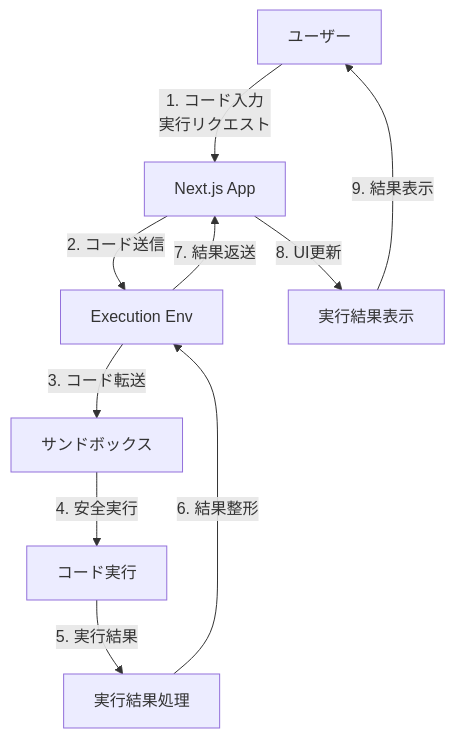
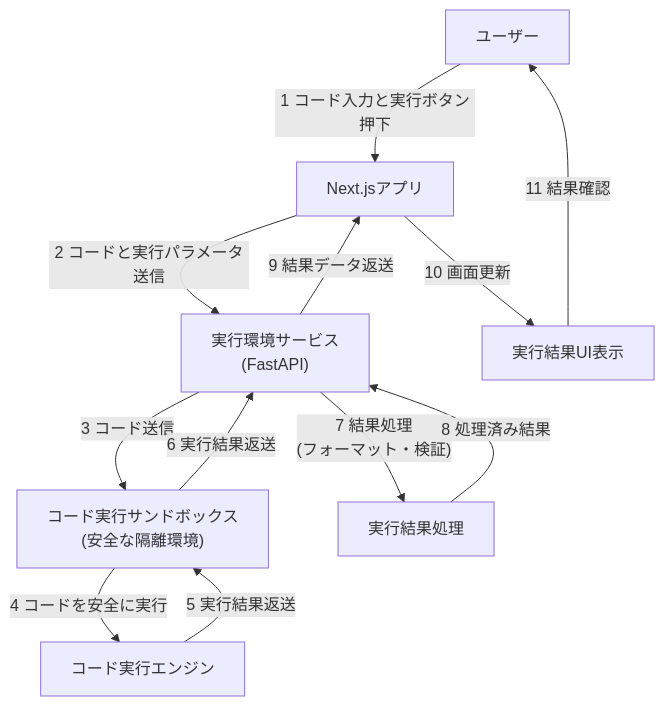
Before and after one commit to pipo3944/MapStack: the sixth of 7 diagrams in docs/planning/data_model.md, drawn with Mermaid. The commit also changed other lines of this file and 1 other file, not shown here.

````diff
--- a/docs/planning/data_model.md
+++ b/docs/planning/data_model.md
@@ -1074,12 +999,14 @@
 ```mermaid
 flowchart TD
-    User[ユーザー] -->|1. コード入力\n実行リクエスト| NextApp[Next.js App]
-    NextApp -->|2. コード送信| ExecEnv[Execution Env]
-    ExecEnv -->|3. コード転送| Sandbox[サンドボックス]
-    Sandbox -->|4. 安全実行| CodeExec[コード実行]
-    CodeExec -->|5. 実行結果| ResultProc[実行結果処理]
-    ResultProc -->|6. 結果整形| ExecEnv
-    ExecEnv -->|7. 結果返送| NextApp
-    NextApp -->|8. UI更新| ResultUI[実行結果表示]
-    ResultUI -->|9. 結果表示| User
+    User[ユーザー] -->|1 コード入力と実行ボタン押下| NextApp[Next.jsアプリ]
+    NextApp -->|2 コードと実行パラメータ送信| ExecService["実行環境サービス<br>(FastAPI)"]
+    ExecService -->|3 コード送信| Sandbox["コード実行サンドボックス<br>(安全な隔離環境)"]
+    Sandbox -->|4 コードを安全に実行| CodeExec[コード実行エンジン]
+    CodeExec -->|5 実行結果返送| Sandbox
+    Sandbox -->|6 実行結果返送| ExecService
+    ExecService -->|"7 結果処理<br>(フォーマット・検証)"| ResultProc[実行結果処理]
+    ResultProc -->|8 処理済み結果| ExecService
+    ExecService -->|9 結果データ返送| NextApp
+    NextApp -->|10 画面更新| ResultUI[実行結果UI表示]
+    ResultUI -->|11 結果確認| User
 ```
````
